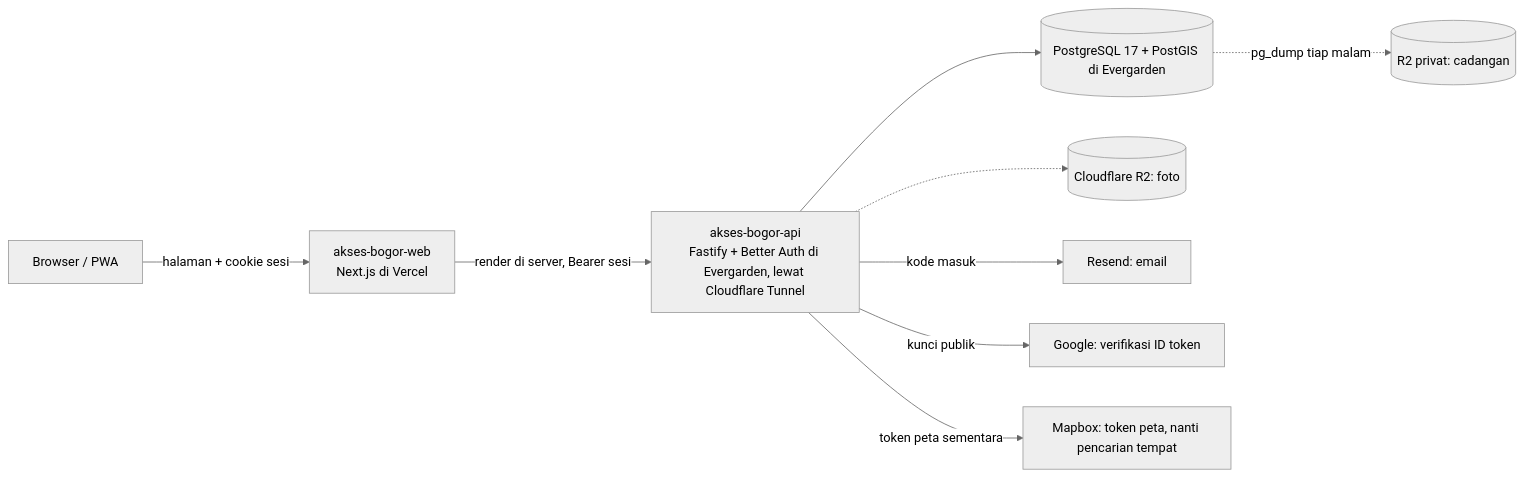
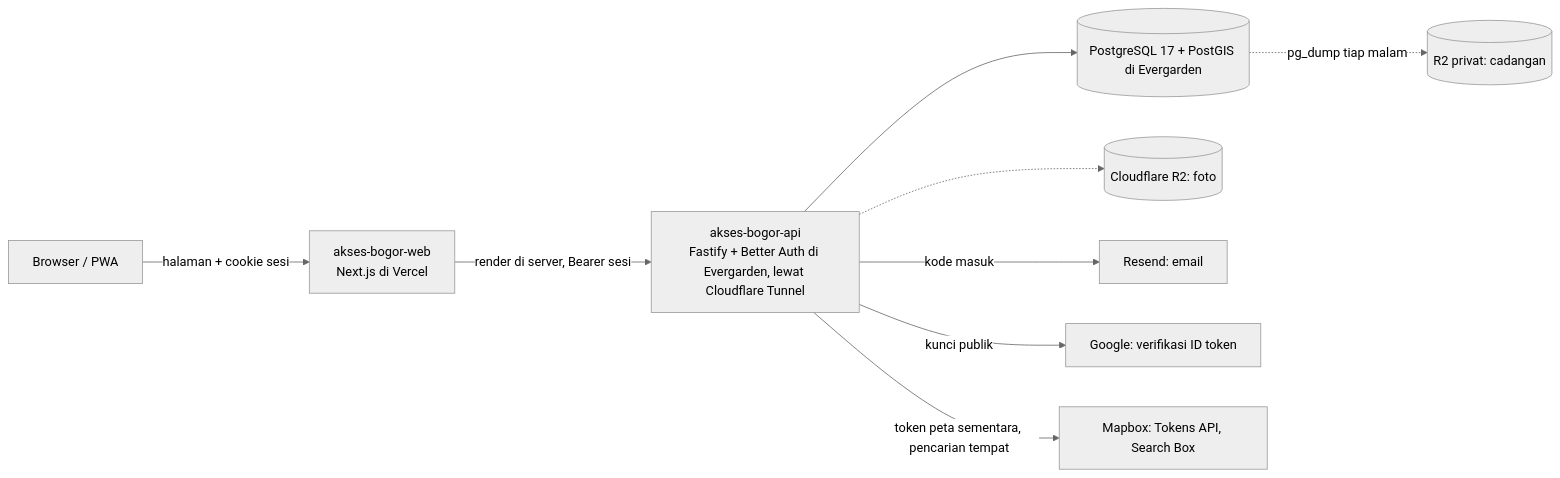
One commit to al-dioooo/akses-bogor-api changed the first of 3 diagrams in docs/arsitektur.md. Above: the diagram before and after it, drawn with Mermaid (neutral theme). The commit also changed other lines of this file and 7 other files, not shown here.

First line of the commit message:
feat(peta): add the place search route for the report form (#24) (#28)

````diff
--- a/docs/arsitektur.md
+++ b/docs/arsitektur.md
@@ -5,11 +5,11 @@
 ```mermaid
 flowchart LR
   B[Browser / PWA] -->|halaman + cookie sesi| W[akses-bogor-web<br/>Next.js di Vercel]
   W -->|render di server, Bearer sesi| F[akses-bogor-api<br/>Fastify + Better Auth di Evergarden, lewat Cloudflare Tunnel]
   F --> DB[(PostgreSQL 17 + PostGIS di Evergarden)]
   DB -.->|pg_dump tiap malam| BK[(R2 privat: cadangan)]
   F -.-> R2[(Cloudflare R2: foto)]
   F -->|kode masuk| E[Resend: email]
   F -->|kunci publik| G[Google: verifikasi ID token]
-  F -->|token peta sementara| M[Mapbox: token peta, nanti pencarian tempat]
+  F -->|token peta sementara, pencarian tempat| M[Mapbox: Tokens API, Search Box]
 ```
````
